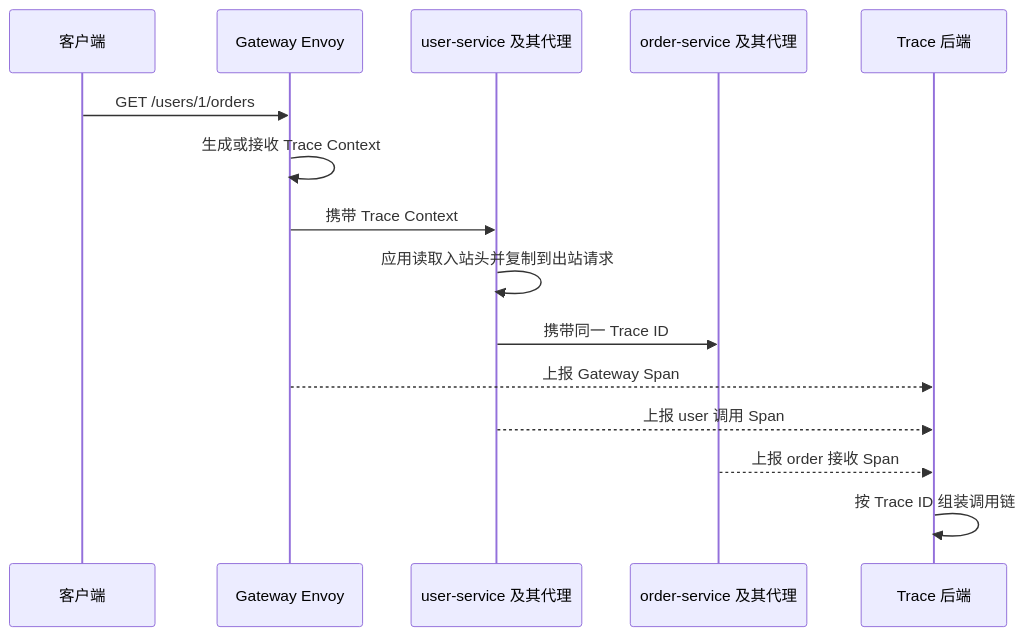
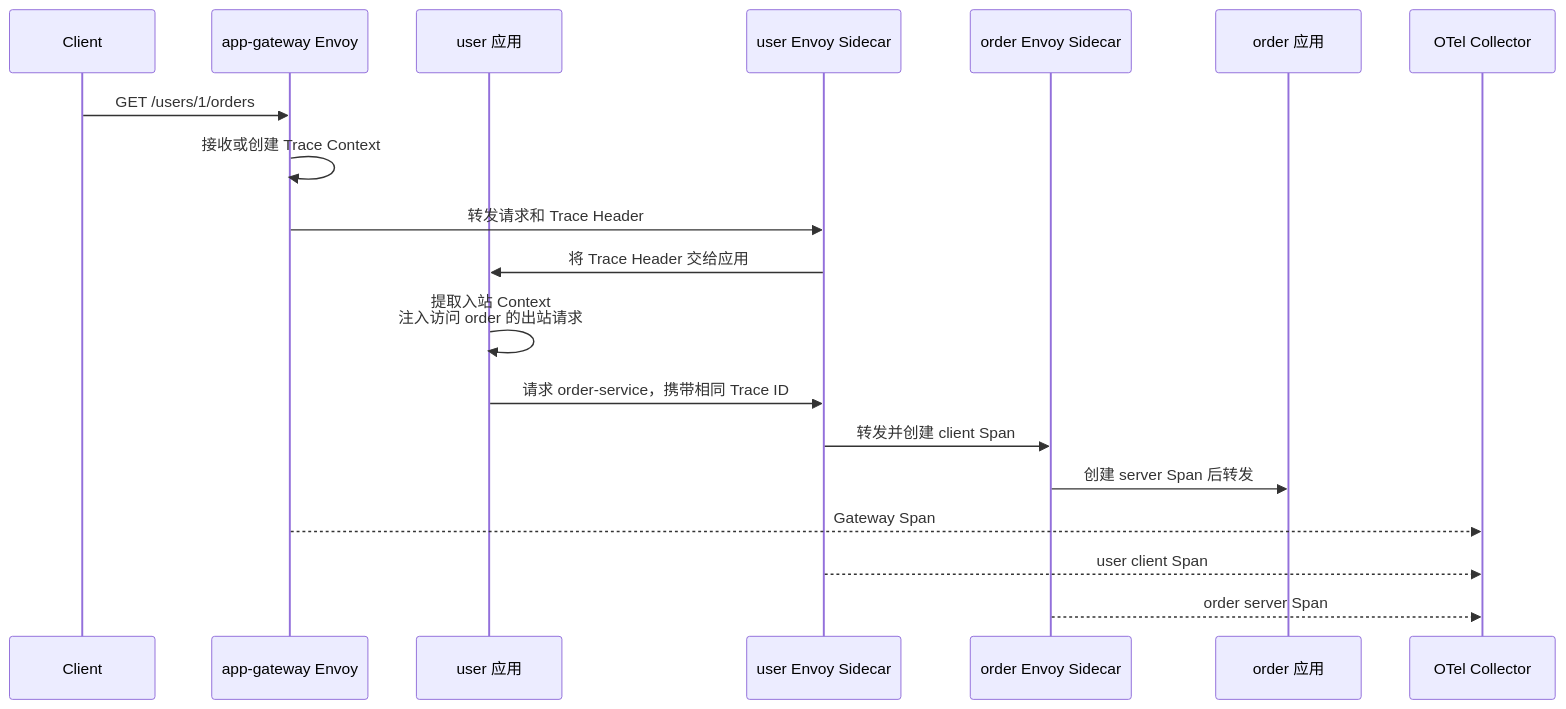
Before and after one commit to hotttao/backup: the fourth of 6 diagrams in posts/microservices/gateway/015_istio_trace.md, drawn with Mermaid. The commit also changed other lines of this file and 1 other file, not shown here.

Commit message:
istio 安全和 trace

````diff
--- a/posts/microservices/gateway/015_istio_trace.md
+++ b/posts/microservices/gateway/015_istio_trace.md
@@ -189,18 +311,22 @@
 ```mermaid
 sequenceDiagram
-    participant C as 客户端
-    participant G as Gateway Envoy
-    participant U as user-service 及其代理
-    participant O as order-service 及其代理
-    participant T as Trace 后端
+    participant C as Client
+    participant G as app-gateway Envoy
+    participant U as user 应用
+    participant UE as user Envoy Sidecar
+    participant OE as order Envoy Sidecar
+    participant O as order 应用
+    participant T as OTel Collector
 
     C->>G: GET /users/1/orders
-    G->>G: 生成或接收 Trace Context
-    G->>U: 携带 Trace Context
-    U->>U: 应用读取入站头并复制到出站请求
-    U->>O: 携带同一 Trace ID
-    G-->>T: 上报 Gateway Span
-    U-->>T: 上报 user 调用 Span
-    O-->>T: 上报 order 接收 Span
-    T->>T: 按 Trace ID 组装调用链
+    G->>G: 接收或创建 Trace Context
+    G->>UE: 转发请求和 Trace Header
+    UE->>U: 将 Trace Header 交给应用
+    U->>U: 提取入站 Context<br/>注入访问 order 的出站请求
+    U->>UE: 请求 order-service，携带相同 Trace ID
+    UE->>OE: 转发并创建 client Span
+    OE->>O: 创建 server Span 后转发
+    G-->>T: Gateway Span
+    UE-->>T: user client Span
+    OE-->>T: order server Span
 ```
````
